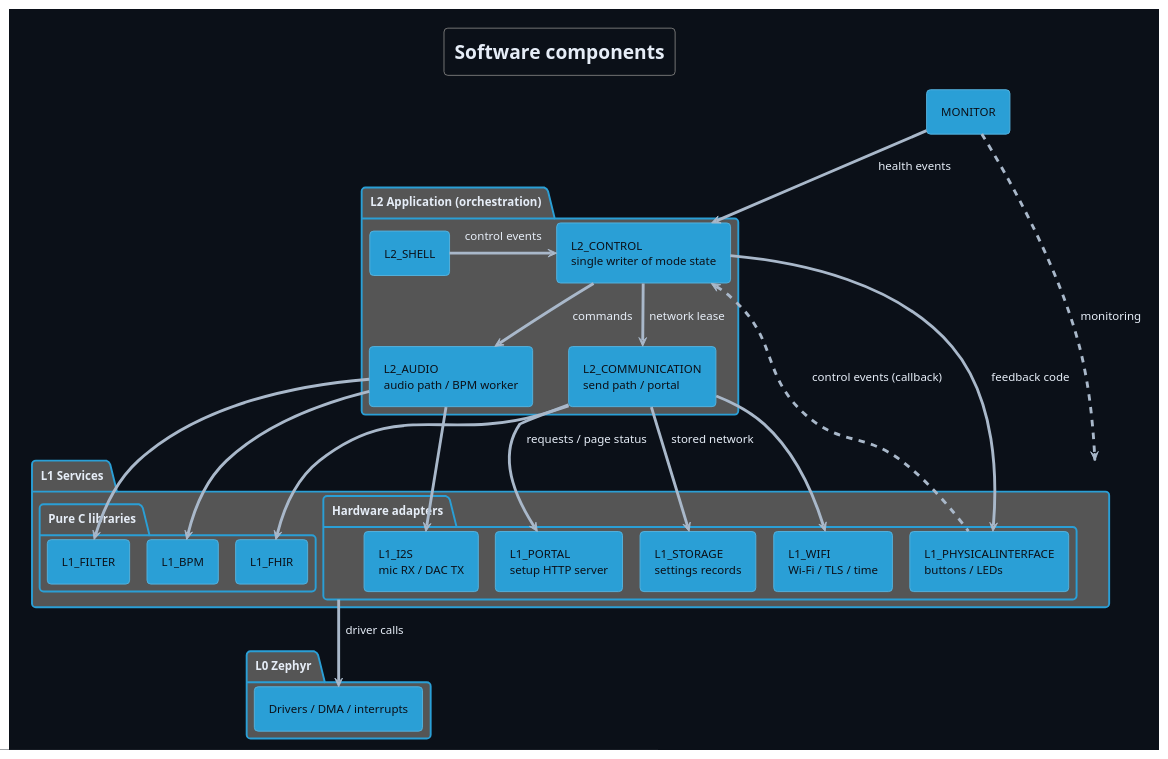
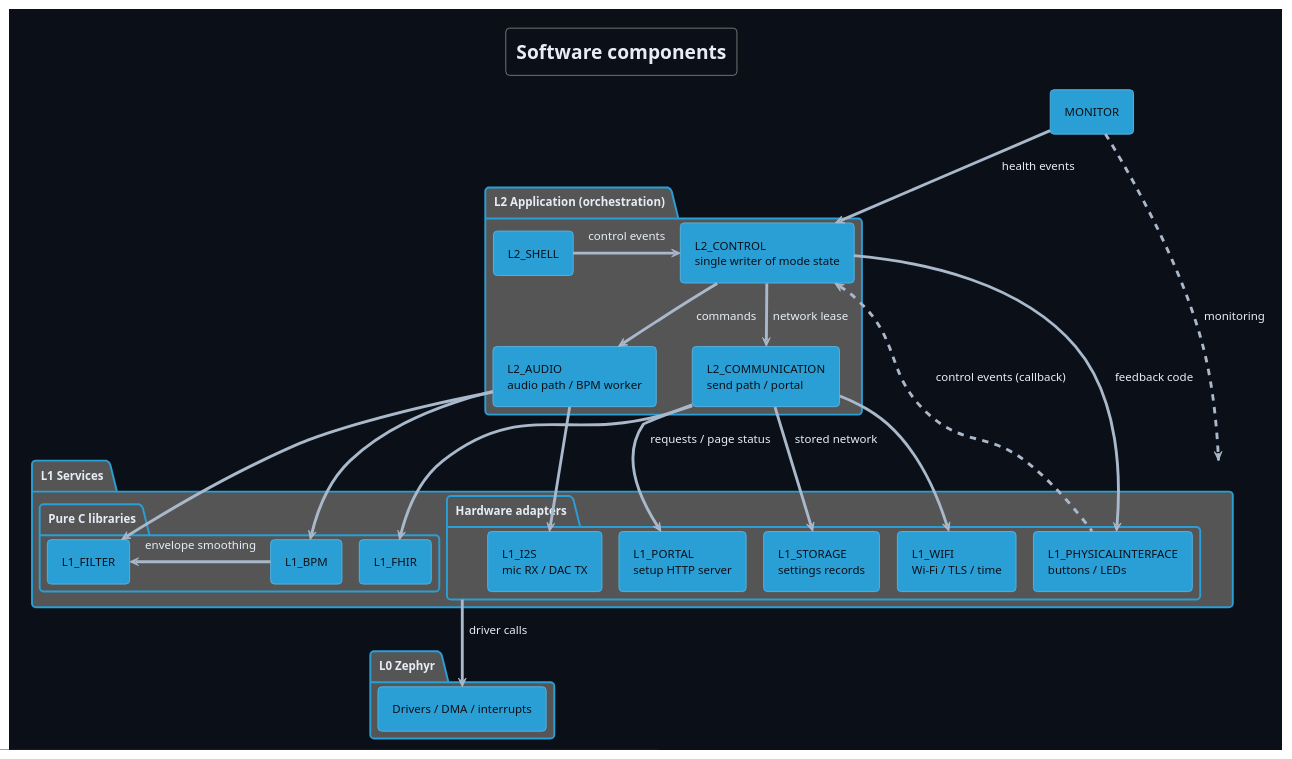
One commit to DemonicPsychoII/DigitalStethoscope changed the diagram in Development/system/architecture/system/puml/software-components.puml. Above: the diagram before and after it, drawn with PlantUML. The commit also changed 10 other files, not shown here.

```diff
--- a/Development/system/architecture/system/puml/software-components.puml
+++ b/Development/system/architecture/system/puml/software-components.puml
@@ -1,59 +1,60 @@
 @startuml software_components
 !theme cyborg
 !pragma layout smetana
 skinparam shadowing false
 skinparam backgroundColor #0b1018
 skinparam defaultFontColor #e6edf7
 skinparam ArrowColor #a9b8ca
 skinparam component {
  FontColor #0b1018
 }
 skinparam componentStyle rectangle
 skinparam defaultFontName SansSerif
 title Software components
 top to bottom direction
 component "MONITOR" as mon
 package "L2 Application (orchestration)" as app {
  component "L2_SHELL" as shell
  component "L2_CONTROL\nsingle writer of mode state" as ctl
  component "L2_AUDIO\naudio path / BPM worker" as aud
  component "L2_COMMUNICATION\nsend path / portal" as com
  shell -[hidden]right-> ctl
 }
 package "L1 Services" as services {
  package "Hardware adapters" as adapters {
   component "L1_PHYSICALINTERFACE\nbuttons / LEDs" as phy
   component "L1_I2S\nmic RX / DAC TX" as i2s
   component "L1_WIFI\nWi-Fi / TLS / time" as wifi
   component "L1_PORTAL\nsetup HTTP server" as portal
   component "L1_STORAGE\nsettings records" as storage
   phy -[hidden]right-> i2s
   i2s -[hidden]right-> wifi
  }
  package "Pure C libraries" as libs {
   component "L1_FILTER" as filter
   component "L1_BPM" as bpm
   component "L1_FHIR" as fhir
   filter -[hidden]right-> bpm
   bpm -[hidden]right-> fhir
  }
 }
 package "L0 Zephyr" as platform {
  component "Drivers / DMA / interrupts" as zephyr
 }
 shell -right-> ctl : control events
 ctl -down-> phy : feedback code
 phy .up.> ctl : control events (callback)
 ctl -down-> aud : commands
 ctl -down-> com : network lease
 aud -down-> i2s
 aud -down-> filter
 aud -down-> bpm
+bpm -right-> filter : envelope smoothing
 com -down-> fhir
 com -down-> portal : requests / page status
 com -down-> wifi
 com -down-> storage : stored network
 adapters -down-> zephyr : driver calls
 mon -down-> ctl : health events
 mon ..> services : monitoring
 @enduml
```
